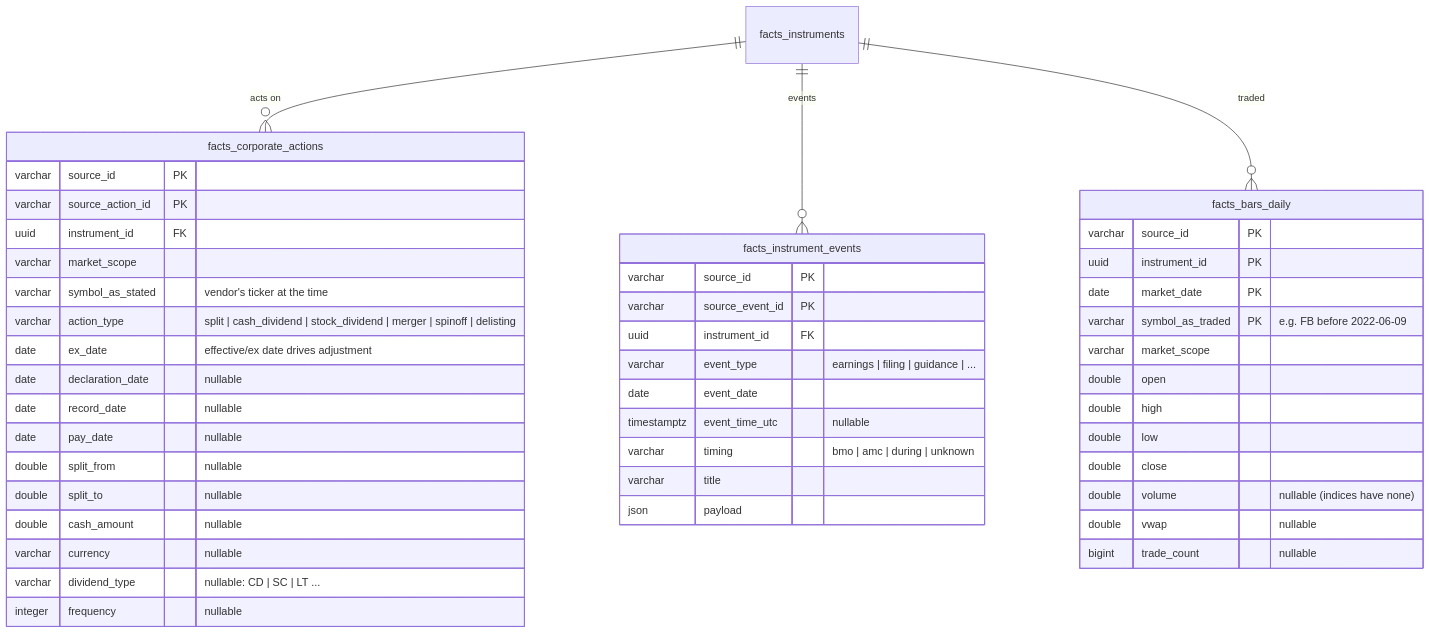
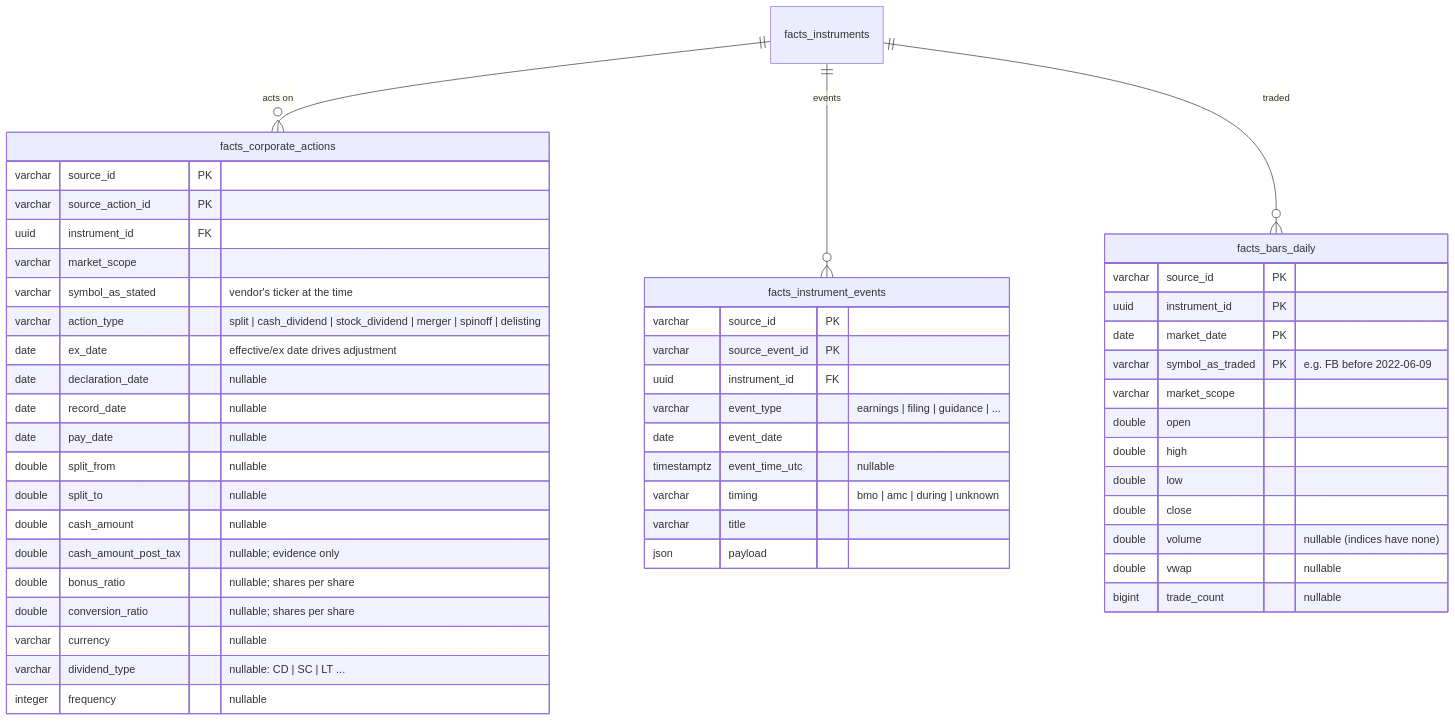
One commit to garysui/atm3 changed the fourth of 5 diagrams in docs/data-model.md. Above: the diagram before and after it, drawn with Mermaid. The commit also changed 9 other files, not shown here.

````diff
--- a/docs/data-model.md
+++ b/docs/data-model.md
@@ -302,50 +302,53 @@
 ```mermaid
 erDiagram
   facts_instruments ||--o{ facts_corporate_actions : "acts on"
   facts_instruments ||--o{ facts_instrument_events : "events"
   facts_instruments ||--o{ facts_bars_daily : "traded"
 
   facts_corporate_actions {
     varchar source_id PK
     varchar source_action_id PK
     uuid instrument_id FK
     varchar market_scope
     varchar symbol_as_stated "vendor's ticker at the time"
     varchar action_type "split | cash_dividend | stock_dividend | merger | spinoff | delisting"
     date ex_date "effective/ex date drives adjustment"
     date declaration_date "nullable"
     date record_date "nullable"
     date pay_date "nullable"
     double split_from "nullable"
     double split_to "nullable"
     double cash_amount "nullable"
+    double cash_amount_post_tax "nullable; evidence only"
+    double bonus_ratio "nullable; shares per share"
+    double conversion_ratio "nullable; shares per share"
     varchar currency "nullable"
     varchar dividend_type "nullable: CD | SC | LT ..."
     integer frequency "nullable"
   }
   facts_instrument_events {
     varchar source_id PK
     varchar source_event_id PK
     uuid instrument_id FK
     varchar event_type "earnings | filing | guidance | ..."
     date event_date
     timestamptz event_time_utc "nullable"
     varchar timing "bmo | amc | during | unknown"
     varchar title
     json payload
   }
   facts_bars_daily {
     varchar source_id PK
     uuid instrument_id PK
     date market_date PK
     varchar symbol_as_traded PK "e.g. FB before 2022-06-09"
     varchar market_scope
     double open
     double high
     double low
     double close
     double volume "nullable (indices have none)"
     double vwap "nullable"
     bigint trade_count "nullable"
   }
 ```
````
